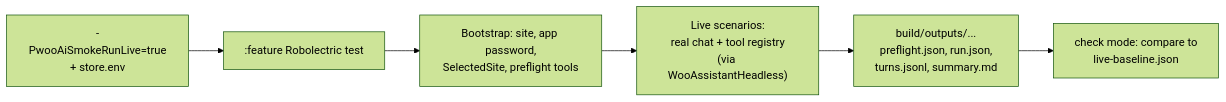
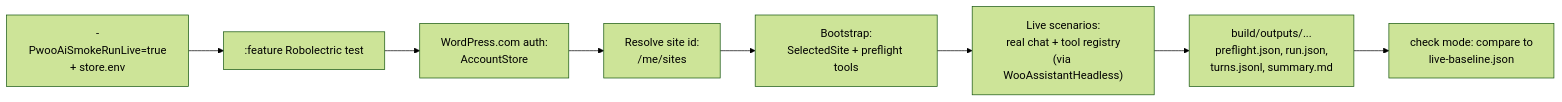
Before and after one commit to woocommerce/woocommerce-android: the diagram in libs/ai-assistant/docs/woo-ai-smoke-architecture.md, drawn with Mermaid (forest theme). The commit also changed other lines of this file and 2 other files, not shown here.

````diff
--- a/libs/ai-assistant/docs/woo-ai-smoke-architecture.md
+++ b/libs/ai-assistant/docs/woo-ai-smoke-architecture.md
@@ -55,8 +55,10 @@
 ```mermaid
 flowchart LR
     Env["-PwooAiSmokeRunLive=true\n+ store.env"] --> Test[":feature Robolectric test"]
-    Test --> Boot["Bootstrap: site, app password,\nSelectedSite, preflight tools"]
+    Test --> Auth["WordPress.com auth:\nAccountStore"]
+    Auth --> Resolve["Resolve site id:\n/me/sites"]
+    Resolve --> Boot["Bootstrap:\nSelectedSite + preflight tools"]
     Boot --> Scen["Live scenarios:\nreal chat + tool registry\n(via WooAssistantHeadless)"]
     Scen --> Out["build/outputs/...\npreflight.json, run.json,\nturns.jsonl, summary.md"]
     Out --> Cmp["check mode: compare to\nlive-baseline.json"]
 ```
````
